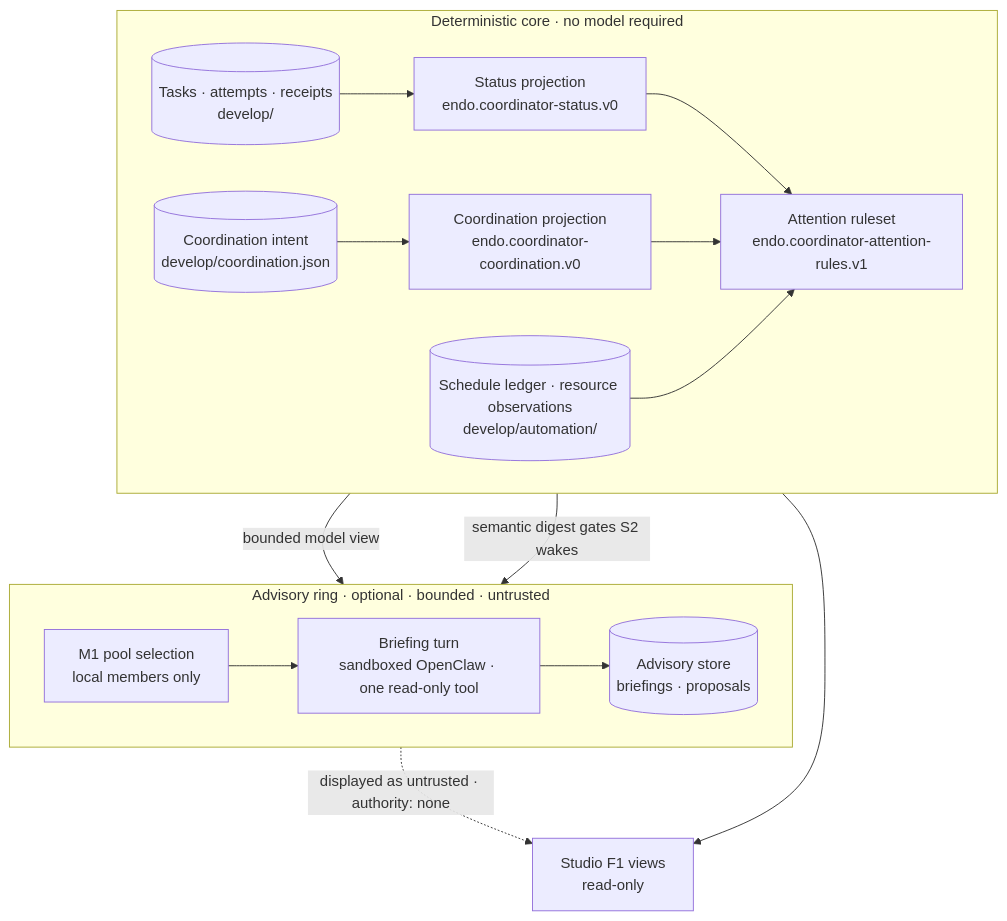
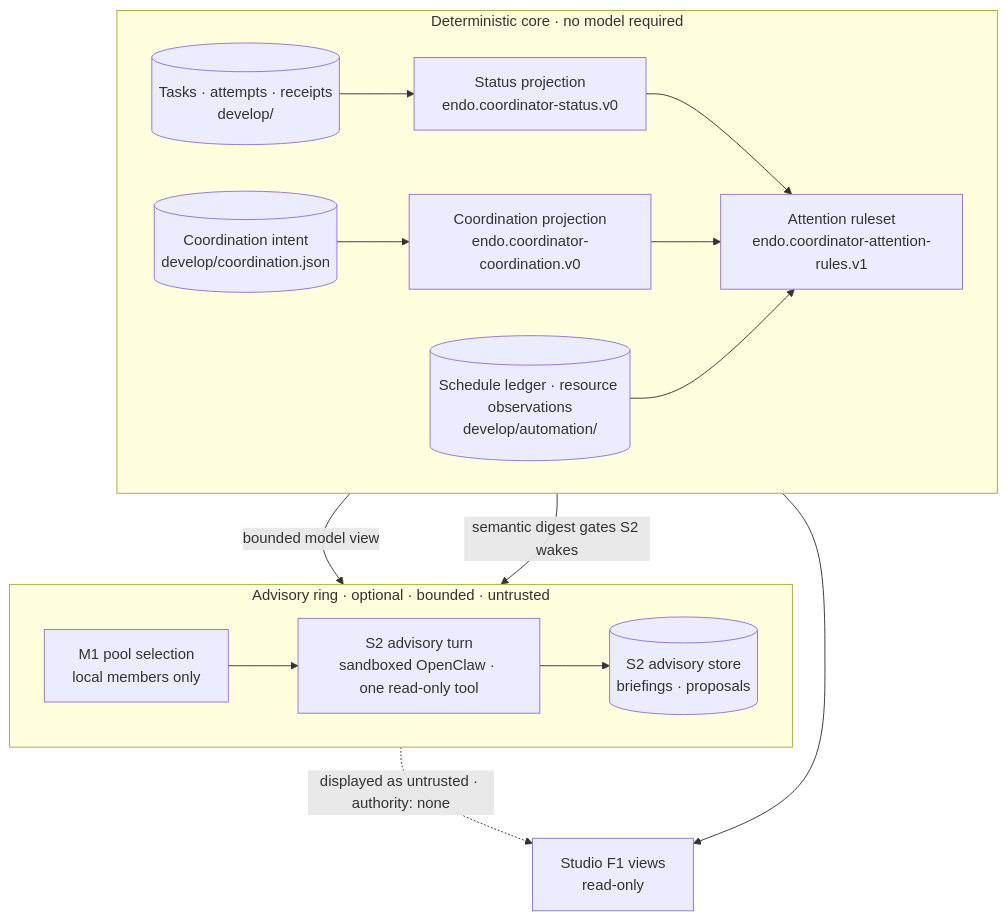
The second of 2 diagrams in docs/architecture.md (noctem-o/endophasia), drawn with Mermaid before and after one commit. The commit also changed other lines of this file and 9 other files, not shown here.

````diff
--- a/docs/architecture.md
+++ b/docs/architecture.md
@@ -67,29 +67,29 @@
 ```mermaid
 flowchart TB
     subgraph core["Deterministic core · no model required"]
         direction LR
         T[("Tasks · attempts · receipts<br/>develop/")]
         C[("Coordination intent<br/>develop/coordination.json")]
         A[("Schedule ledger · resource observations<br/>develop/automation/")]
         ST["Status projection<br/>endo.coordinator-status.v0"]
         CO["Coordination projection<br/>endo.coordinator-coordination.v0"]
         AT["Attention ruleset<br/>endo.coordinator-attention-rules.v1"]
         T --> ST
         C --> CO
         ST --> AT
         CO --> AT
         A --> AT
     end
     subgraph ring["Advisory ring · optional · bounded · untrusted"]
         direction LR
         POOL["M1 pool selection<br/>local members only"]
-        TURN["Briefing turn<br/>sandboxed OpenClaw · one read-only tool"]
-        ADV[("Advisory store<br/>briefings · proposals")]
+        TURN["S2 advisory turn<br/>sandboxed OpenClaw · one read-only tool"]
+        ADV[("S2 advisory store<br/>briefings · proposals")]
         POOL --> TURN --> ADV
     end
     F1["Studio F1 views<br/>read-only"]
     ST -->|"bounded model view"| TURN
     CO -->|"semantic digest gates S2 wakes"| TURN
     AT --> F1
     ADV -.->|"displayed as untrusted · authority: none"| F1
 ```
````
